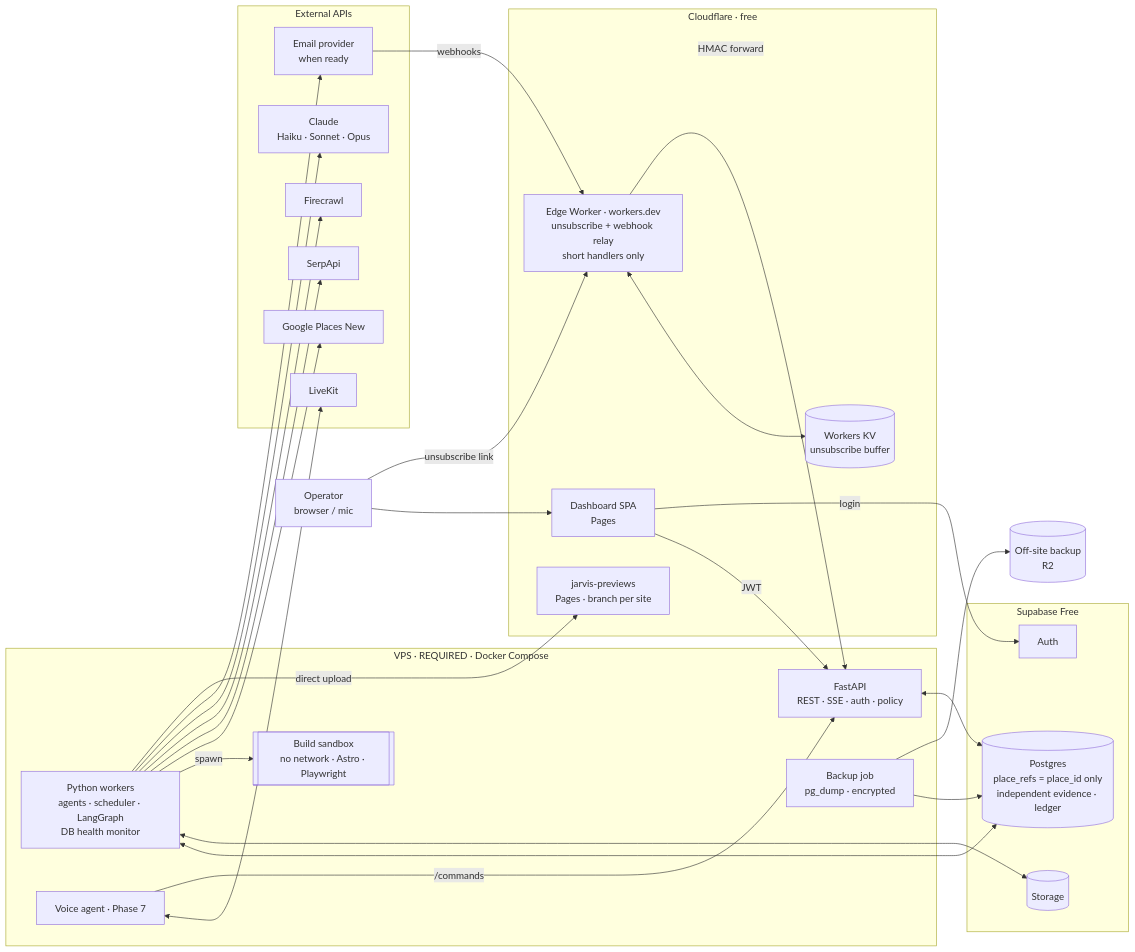
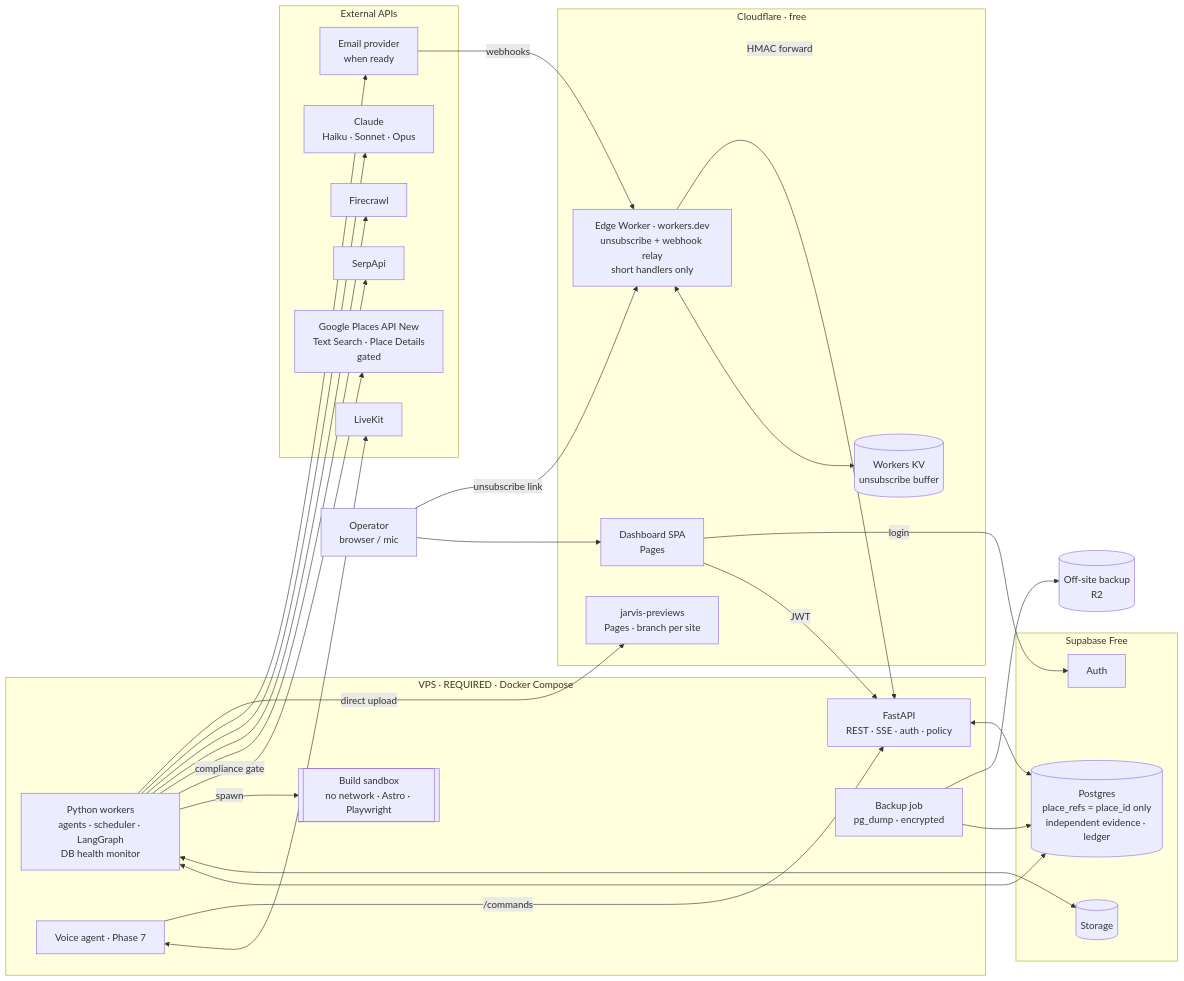
Before and after one commit to Hammadthepro/Jarvis-AI-Agency-Agent: the first of 6 diagrams in docs/SYSTEM_DIAGRAM.md, drawn with Mermaid. The commit also changed other lines of this file and 12 other files, not shown here.

First line of the commit message:
Revise architecture documents (revision 3)

````diff
--- a/docs/SYSTEM_DIAGRAM.md
+++ b/docs/SYSTEM_DIAGRAM.md
@@ -12,58 +14,58 @@
 ```mermaid
 flowchart LR
   U[Operator<br/>browser / mic]
 
   subgraph CF[Cloudflare · free]
     D[Dashboard SPA<br/>Pages]
     P[jarvis-previews<br/>Pages · branch per site]
     E[Edge Worker · workers.dev<br/>unsubscribe + webhook relay<br/>short handlers only]
     KV[(Workers KV<br/>unsubscribe buffer)]
   end
 
   subgraph VPS[VPS · REQUIRED · Docker Compose]
     API[FastAPI<br/>REST · SSE · auth · policy]
     W[Python workers<br/>agents · scheduler · LangGraph<br/>DB health monitor]
     SB[[Build sandbox<br/>no network · Astro · Playwright]]
     BK[Backup job<br/>pg_dump · encrypted]
     V[Voice agent · Phase 7]
   end
 
   subgraph SUPA[Supabase Free]
     DB[(Postgres<br/>place_refs = place_id only<br/>independent evidence · ledger)]
     AU[Auth]
     ST[(Storage)]
   end
 
   subgraph EXT[External APIs]
-    GP[Google Places New]
+    GP[Google Places API New<br/>Text Search · Place Details<br/>gated]
     SE[SerpApi]
     FC[Firecrawl]
     CL[Claude<br/>Haiku · Sonnet · Opus]
     LK[LiveKit]
     EM[Email provider<br/>when ready]
   end
 
   R2[(Off-site backup<br/>R2)]
 
   U --> D
   D -- JWT --> API
   D -- login --> AU
   API <--> DB
   W <--> DB
   W <--> ST
   W -- spawn --> SB
-  W --> GP
+  W -- compliance gate --> GP
   W --> SE
   W --> FC
   W --> CL
   W --> EM
   W -- direct upload --> P
   BK --> DB
   BK --> R2
   EM -- webhooks --> E
   U -- unsubscribe link --> E
   E <--> KV
   E -- HMAC forward --> API
   V <--> LK
   V -- /commands --> API
 ```
````
